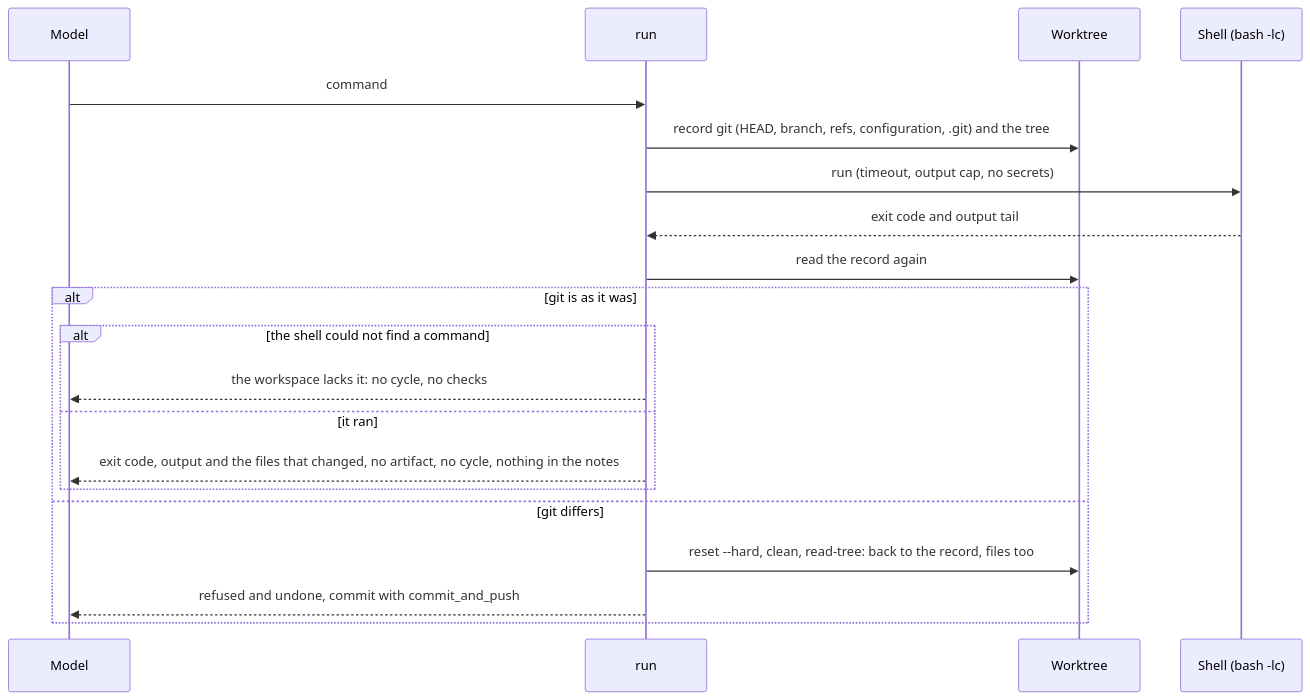
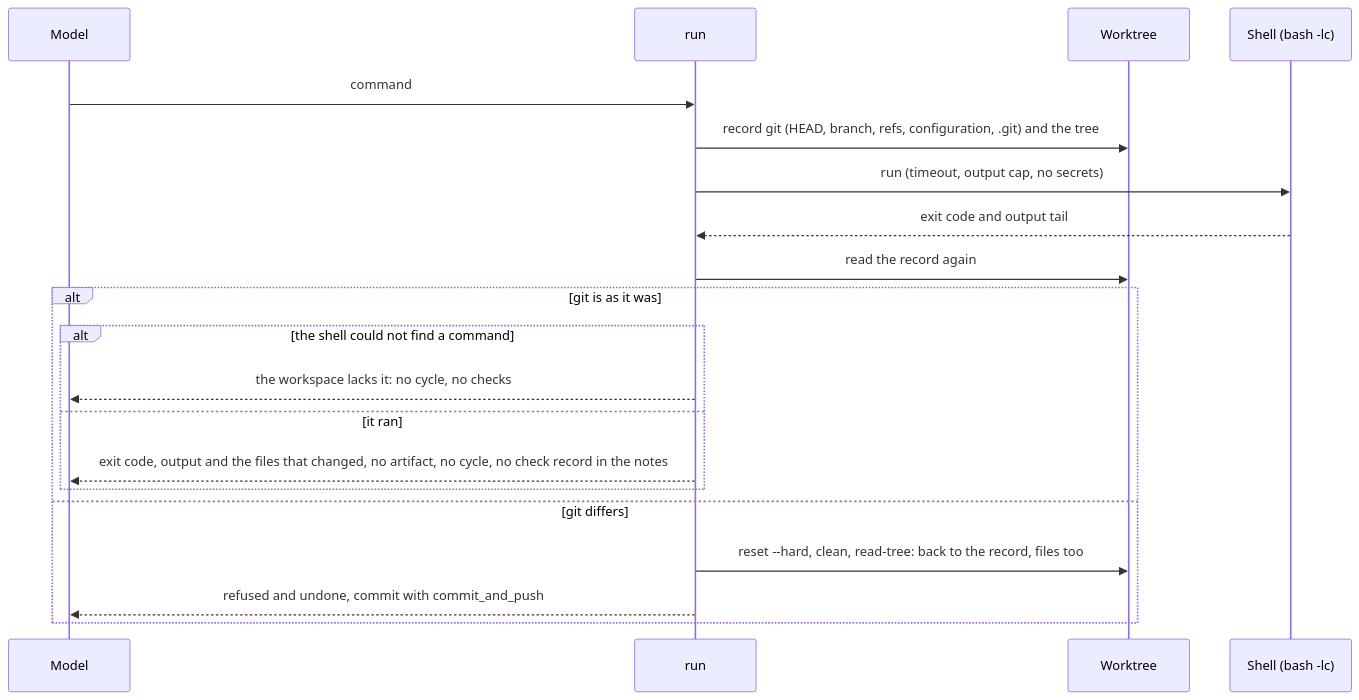
Diagram 23 of 31 in bin/adam-coder/README.md (vymalo/another-adam-rs), drawn with Mermaid before and after one commit. The commit also changed other lines of this file and 12 other files, not shown here.

````diff
--- a/bin/adam-coder/README.md
+++ b/bin/adam-coder/README.md
@@ -1694,22 +1697,22 @@
 ```mermaid
 sequenceDiagram
   participant M as Model
   participant T as run
   participant W as Worktree
   participant S as Shell (bash -lc)
   M->>T: command
   T->>W: record git (HEAD, branch, refs, configuration, .git) and the tree
   T->>S: run (timeout, output cap, no secrets)
   S-->>T: exit code and output tail
   T->>W: read the record again
   alt git is as it was
     alt the shell could not find a command
       T-->>M: the workspace lacks it: no cycle, no checks
     else it ran
-      T-->>M: exit code, output and the files that changed, no artifact, no cycle, nothing in the notes
+      T-->>M: exit code, output and the files that changed, no artifact, no cycle, no check record in the notes
     end
   else git differs
     T->>W: reset --hard, clean, read-tree: back to the record, files too
     T-->>M: refused and undone, commit with commit_and_push
   end
 ```
````
